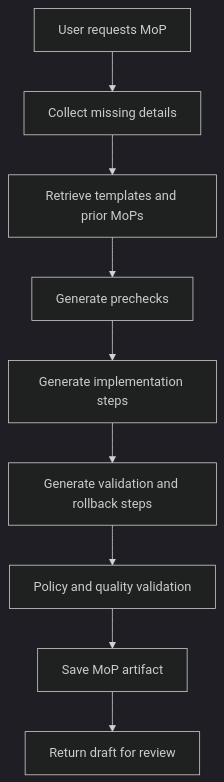
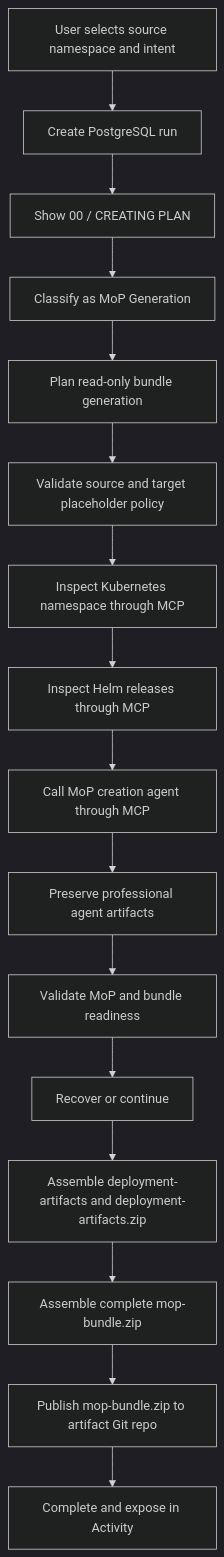
Before and after one commit to aveeshek/bosgenesis-esda: the seventh of 15 diagrams in knowledge-base/bosgenesis_esda_chatbot_lld.md, drawn with Mermaid (dark theme). The commit also changed other lines of this file and 34 other files, not shown here.

Commit message:
Add MoP bundle generation workflow

````diff
--- a/knowledge-base/bosgenesis_esda_chatbot_lld.md
+++ b/knowledge-base/bosgenesis_esda_chatbot_lld.md
@@ -1988,11 +2030,18 @@
 ```mermaid
 flowchart TD
-    A[User requests MoP] --> B[Collect missing details]
-    B --> C[Retrieve templates and prior MoPs]
-    C --> D[Generate prechecks]
-    D --> E[Generate implementation steps]
-    E --> F[Generate validation and rollback steps]
-    F --> G[Policy and quality validation]
-    G --> H[Save MoP artifact]
-    H --> I[Return draft for review]
+    A[User selects source namespace and intent] --> B[Create PostgreSQL run]
+    B --> C[Show 00 / CREATING PLAN]
+    C --> D[Classify as MoP Generation]
+    D --> E[Plan read-only bundle generation]
+    E --> F[Validate source and target placeholder policy]
+    F --> G[Inspect Kubernetes namespace through MCP]
+    G --> H[Inspect Helm releases through MCP]
+    H --> I[Call MoP creation agent through MCP]
+    I --> J[Preserve professional agent artifacts]
+    J --> K[Validate MoP and bundle readiness]
+    K --> L[Recover or continue]
+    L --> M[Assemble deployment-artifacts and deployment-artifacts.zip]
+    M --> N[Assemble complete mop-bundle.zip]
+    N --> O[Publish mop-bundle.zip to artifact Git repo]
+    O --> P[Complete and expose in Activity]
 ```
````
